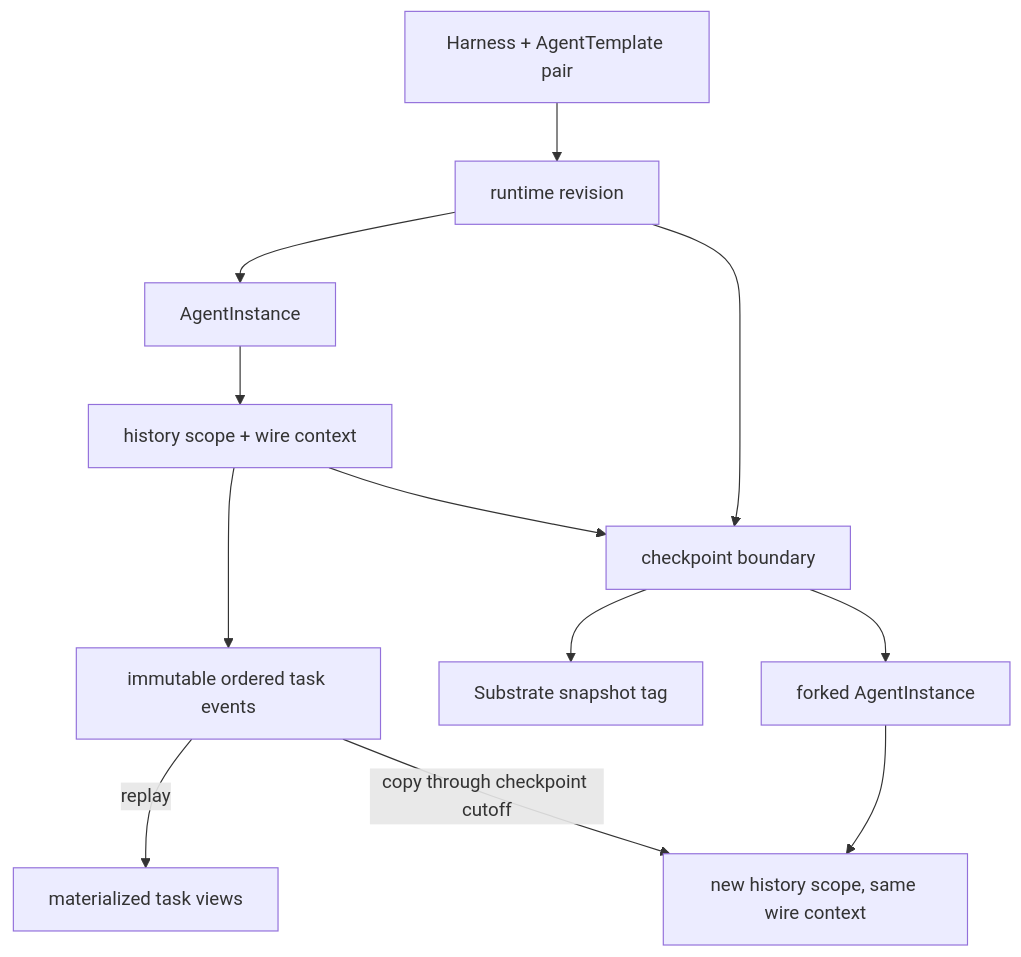
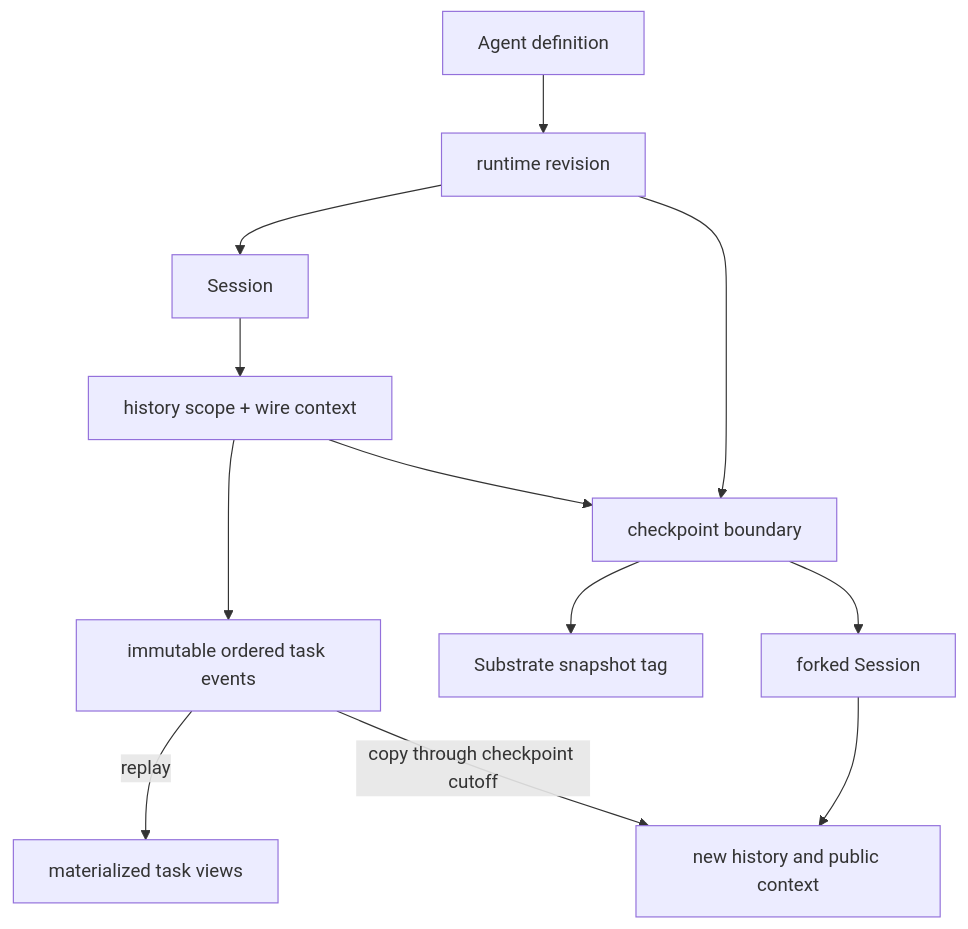
The diagram in docs/architecture/persistence-checkpoints-and-forks.md (kagent-dev/kagent), drawn with Mermaid before and after one commit. The commit also changed other lines of this file and 418 other files, not shown here.

````diff
--- a/docs/architecture/persistence-checkpoints-and-forks.md
+++ b/docs/architecture/persistence-checkpoints-and-forks.md
@@ -39,14 +37,14 @@
 ```mermaid
 flowchart TD
-    PAIR[Harness + AgentTemplate pair] --> REV[runtime revision]
-    REV --> INSTANCE[AgentInstance]
-    INSTANCE --> CONTEXT[history scope + wire context]
+    AGENT[Agent definition] --> REV[runtime revision]
+    REV --> SESSION[Session]
+    SESSION --> CONTEXT[history scope + wire context]
     CONTEXT --> EVENT[immutable ordered task events]
     EVENT -->|replay| TASK[materialized task views]
     CONTEXT --> CHECKPOINT[checkpoint boundary]
     REV --> CHECKPOINT
     CHECKPOINT --> TAG[Substrate snapshot tag]
-    CHECKPOINT --> FORK[forked AgentInstance]
-    FORK --> NEWCTX[new history scope, same wire context]
+    CHECKPOINT --> FORK[forked Session]
+    FORK --> NEWCTX[new history and public context]
     EVENT -->|copy through checkpoint cutoff| NEWCTX
 ```
````
